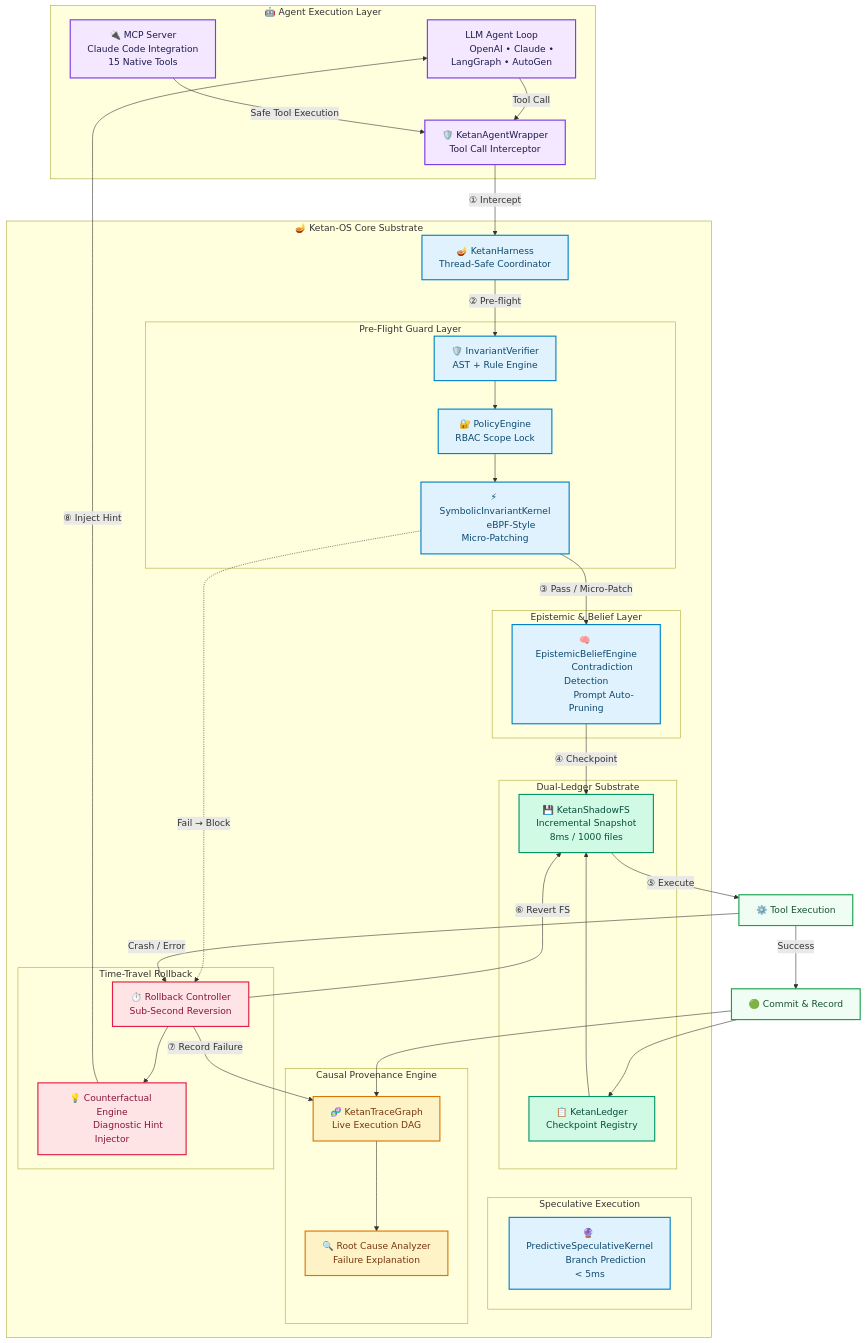
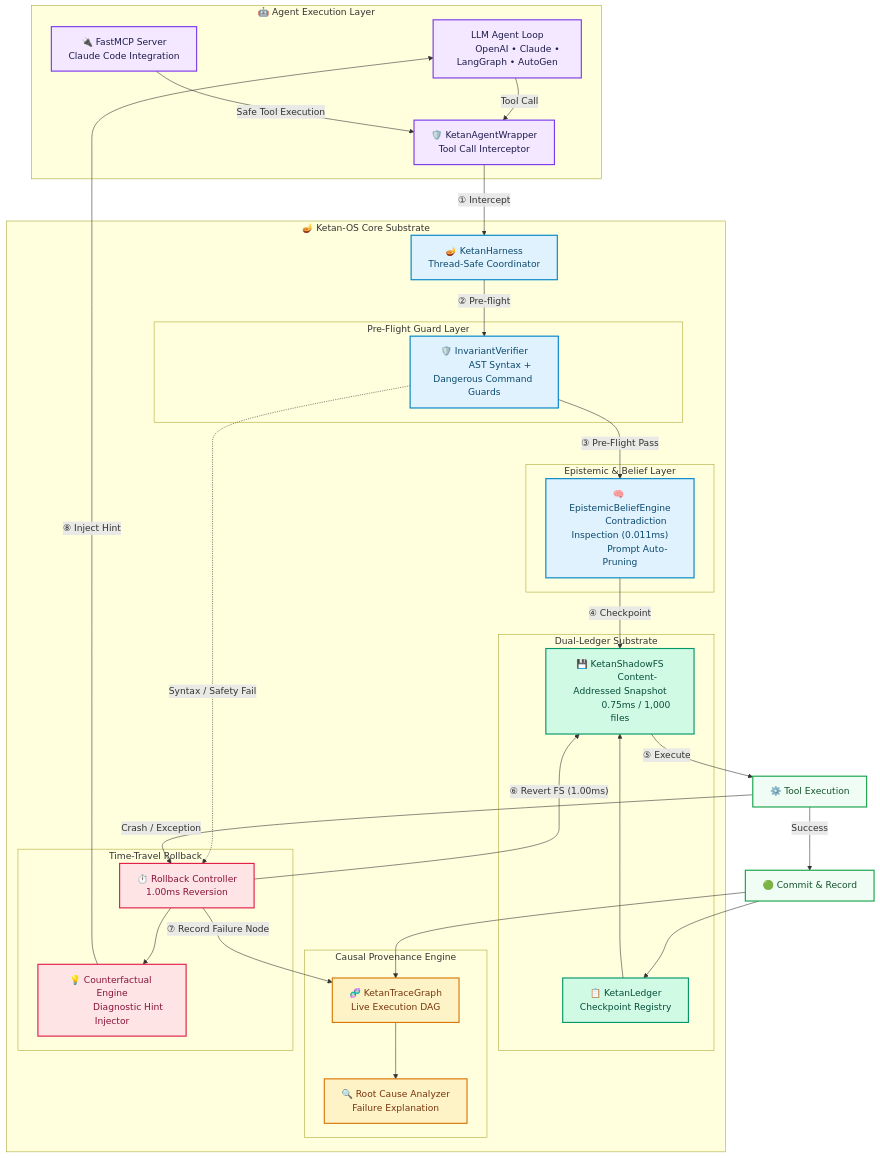
One commit to umang-algo/ketan-os changed the diagram in README.md. Above: the diagram before and after it, drawn with Mermaid. The commit also changed other lines of this file, not shown here.

Commit message:
docs: update README.md and Mermaid architecture diagram for streamlined 4-pillar Ketan-OS

```diff
--- a/README.md
+++ b/README.md
@@ -52,9 +43,8 @@
     subgraph AgentLayer [" 🤖 Agent Execution Layer "]
         LLM["LLM Agent Loop
         OpenAI • Claude • LangGraph • AutoGen"]
-        MCP["🔌 MCP Server
-        Claude Code Integration
-        15 Native Tools"]
+        MCP["🔌 FastMCP Server
+        Claude Code Integration"]
         Wrapper["🛡️ KetanAgentWrapper
         Tool Call Interceptor"]
         LLM -->|Tool Call| Wrapper
@@ -67,31 +57,21 @@
 
         subgraph PreFlight [" Pre-Flight Guard Layer "]
             Verifier["🛡️ InvariantVerifier
-            AST + Rule Engine"]
-            Policy["🔐 PolicyEngine
-            RBAC Scope Lock"]
-            Symbolic["⚡ SymbolicInvariantKernel
-            eBPF-Style Micro-Patching"]
-            Verifier --> Policy --> Symbolic
-        end
-
-        subgraph Speculative [" Speculative Execution "]
-            SpecKernel["🔮 PredictiveSpeculativeKernel
-            Branch Prediction < 5ms"]
+            AST Syntax + Dangerous Command Guards"]
         end
 
         subgraph StorageLedger [" Dual-Ledger Substrate "]
             Ledger["📋 KetanLedger
             Checkpoint Registry"]
             ShadowFS["💾 KetanShadowFS
-            Incremental Snapshot
-            8ms / 1000 files"]
+            Content-Addressed Snapshot
+            0.75ms / 1,000 files"]
             Ledger --> ShadowFS
         end
 
         subgraph Cognition [" Epistemic & Belief Layer "]
             Epistemic["🧠 EpistemicBeliefEngine
-            Contradiction Detection
+            Contradiction Inspection (0.011ms)
             Prompt Auto-Pruning"]
         end
 
@@ -105,7 +85,7 @@
 
         subgraph TimeTravel [" Time-Travel Rollback "]
             Rollback["⏱️ Rollback Controller
-            Sub-Second Reversion"]
+            1.00ms Reversion"]
             Counterfactual["💡 Counterfactual Engine
             Diagnostic Hint Injector"]
             Rollback --> Counterfactual
@@ -114,19 +94,19 @@
 
     Wrapper -->|"① Intercept"| Harness
     Harness -->|"② Pre-flight"| Verifier
-    Symbolic -->|"③ Pass / Micro-Patch"| Epistemic
+    Verifier -->|"③ Pre-Flight Pass"| Epistemic
     Epistemic -->|"④ Checkpoint"| ShadowFS
     ShadowFS -->|"⑤ Execute"| Execution["⚙️ Tool Execution"]
 
-    Symbolic -.->|Fail → Block| Rollback
-    Execution -->|Crash / Error| Rollback
+    Verifier -.->|Syntax / Safety Fail| Rollback
+    Execution -->|Crash / Exception| Rollback
 
     Execution -->|Success| Commit["🟢 Commit & Record"]
     Commit --> CTG
     Commit --> Ledger
 
-    Rollback -->|"⑥ Revert FS"| ShadowFS
-    Rollback -->|"⑦ Record Failure"| CTG
+    Rollback -->|"⑥ Revert FS (1.00ms)"| ShadowFS
+    Rollback -->|"⑦ Record Failure Node"| CTG
     Counterfactual -->|"⑧ Inject Hint"| LLM
 
     classDef agent    fill:#f3e8ff,stroke:#7c3aed,stroke-width:2px,color:#1e1b4b
@@ -137,7 +117,7 @@
     classDef exec     fill:#f0fdf4,stroke:#16a34a,stroke-width:2px,color:#14532d
 
     class LLM,Wrapper,MCP agent
-    class Harness,Verifier,Policy,Symbolic,Epistemic,SpecKernel core
+    class Harness,Verifier,Epistemic core
     class Ledger,ShadowFS storage
     class Rollback,Counterfactual rollback
     class CTG,RCA ctg
```
